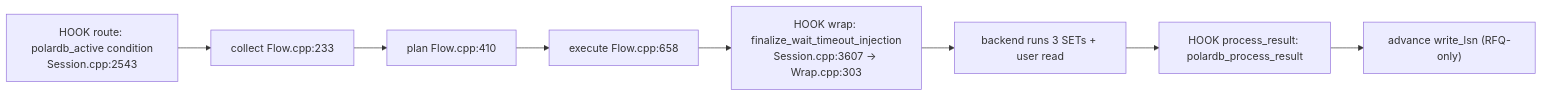
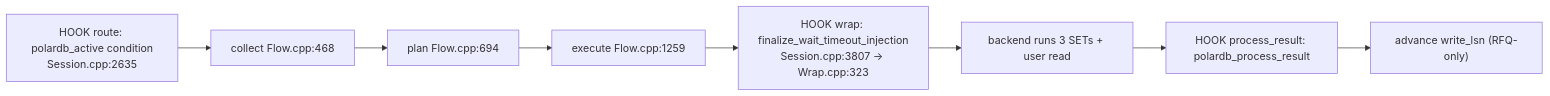
Before and after one commit to awide-labs/polar-proxy: the third of 3 diagrams in doc/polardb-arch/01-BACKGROUND-AND-DESIGN.md, drawn with Mermaid. The commit also changed other lines of this file and 21 other files, not shown here.

````diff
--- a/doc/polardb-arch/01-BACKGROUND-AND-DESIGN.md
+++ b/doc/polardb-arch/01-BACKGROUND-AND-DESIGN.md
@@ -450,10 +451,10 @@
 ```mermaid
 flowchart LR
-    H1["HOOK route: polardb_active condition\nSession.cpp:2543"] --> S1[collect Flow.cpp:233]
-    S1 --> S2[plan Flow.cpp:410]
-    S2 --> S3[execute Flow.cpp:658]
-    S3 --> H2["HOOK wrap: finalize_wait_timeout_injection\nSession.cpp:3607 -> Wrap.cpp:303"]
+    H1["HOOK route: polardb_active condition\nSession.cpp:2635"] --> S1[collect Flow.cpp:468]
+    S1 --> S2[plan Flow.cpp:694]
+    S2 --> S3[execute Flow.cpp:1259]
+    S3 --> H2["HOOK wrap: finalize_wait_timeout_injection\nSession.cpp:3807 -> Wrap.cpp:323"]
     H2 --> BK[backend runs 3 SETs + user read]
     BK --> H3["HOOK process_result: polardb_process_result\n"]
     H3 --> S4["advance write_lsn (RFQ-only)"]
 ```
````
